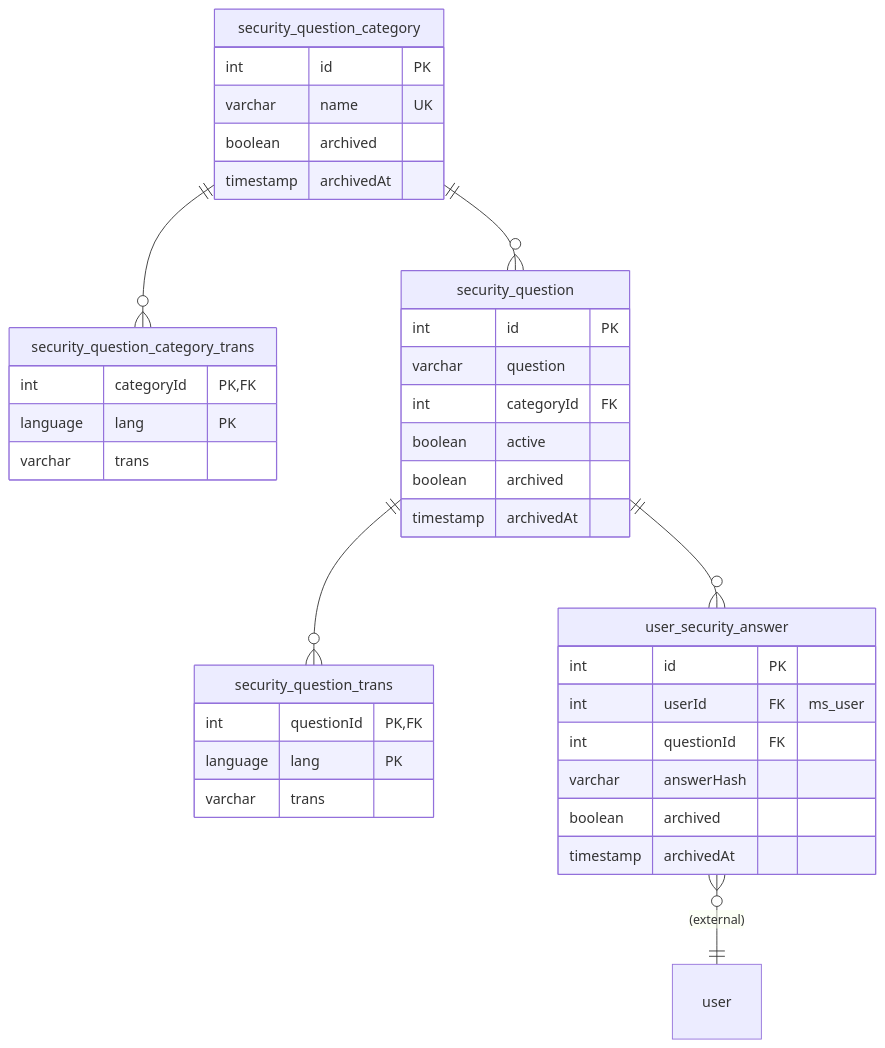
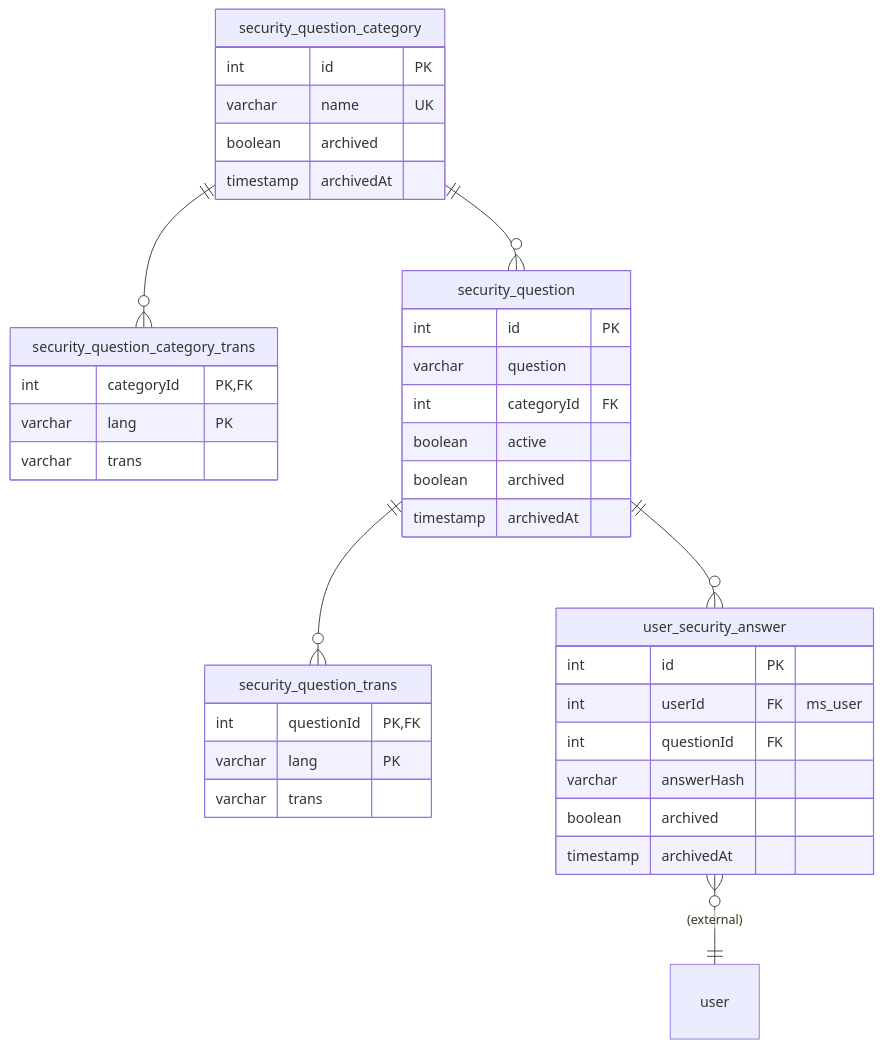
One commit to ALTEN-group/Foxnox changed the second of 2 diagrams in doc/erd.md. Above: the diagram before and after it, drawn with Mermaid. The commit also changed 78 other files, not shown here.

````diff
--- a/doc/erd.md
+++ b/doc/erd.md
@@ -87,54 +87,54 @@
 ```mermaid
 ---
 caption: Entity Relationship Diagram - Security Questions
 ---
 
 erDiagram
 
   security_question_category ||--o{ security_question_category_trans : ""
   security_question_category ||--o{ security_question : ""
   security_question ||--o{ security_question_trans : ""
   security_question ||--o{ user_security_answer : ""
   user_security_answer }o--|| user : "(external)"
 
   security_question_category {
     int id PK
     varchar name UK
     boolean archived
     timestamp archivedAt
   }
 
   security_question_category_trans {
     int categoryId PK, FK
-    language lang PK
+    varchar lang PK
     varchar trans
   }
 
   security_question {
     int id PK
     varchar question
     int categoryId FK
     boolean active
     boolean archived
     timestamp archivedAt
   }
 
   security_question_trans {
     int questionId PK, FK
-    language lang PK
+    varchar lang PK
     varchar trans
   }
 
   user_security_answer {
     int id PK
     int userId FK "ms_user"
     int questionId FK
     varchar answerHash
     boolean archived
     timestamp archivedAt
   }
 
   user {
 
   }
 ```
````
